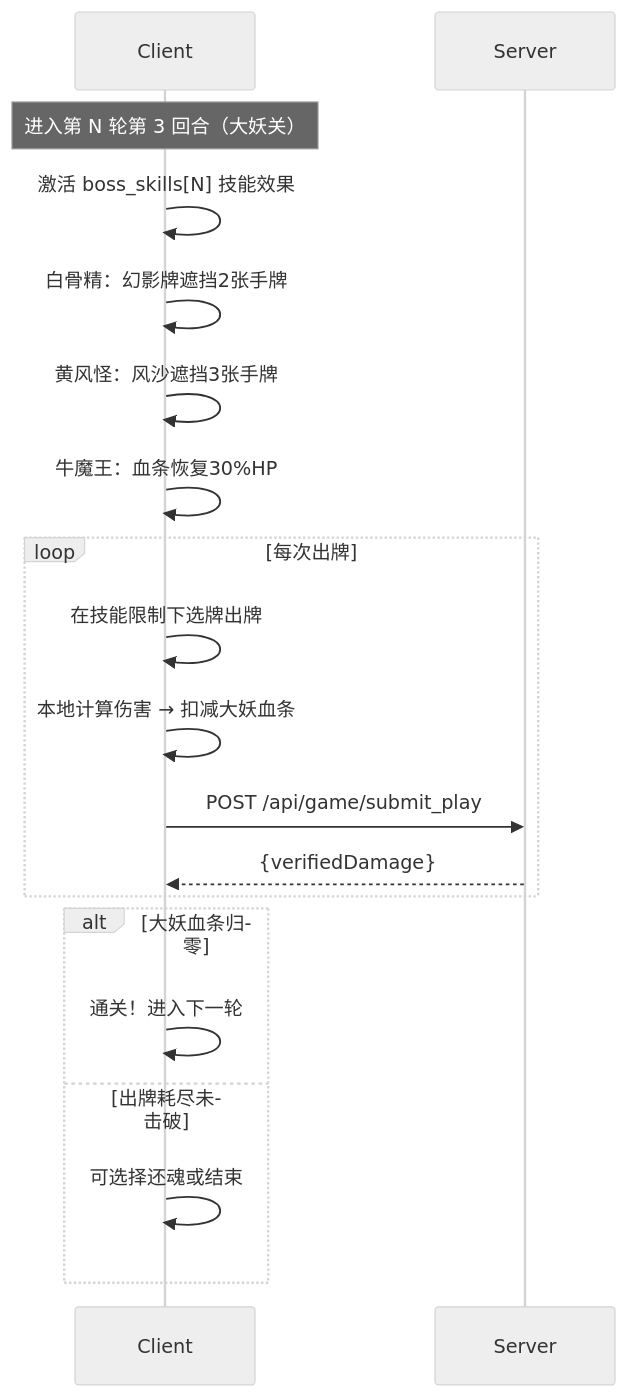
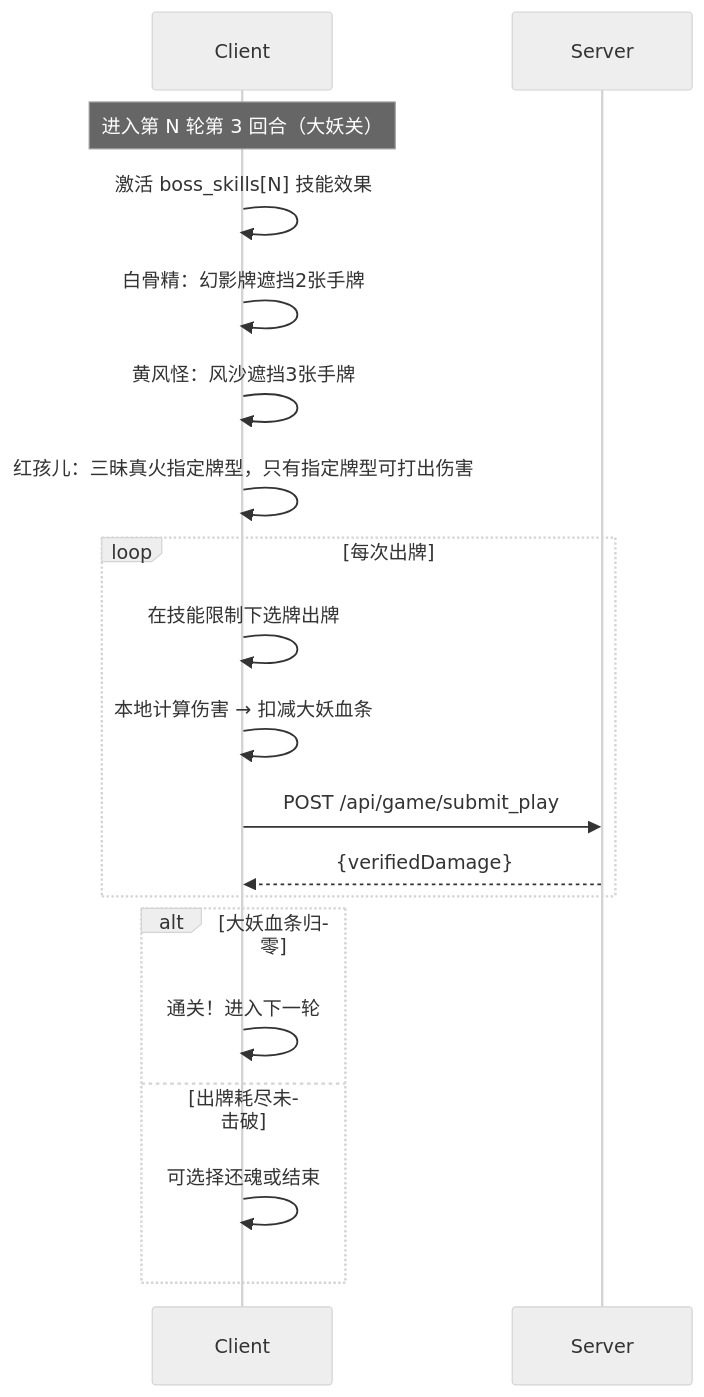
One commit to Lwin993/my-poker-roguelike changed the sixth of 9 diagrams in docs/poker_roguelike_tech_spec_v2.md. Above: the diagram before and after it, drawn with Mermaid (neutral theme). The commit also changed other lines of this file and 43 other files, not shown here.

````diff
--- a/docs/poker_roguelike_tech_spec_v2.md
+++ b/docs/poker_roguelike_tech_spec_v2.md
@@ -1347,24 +1347,24 @@
 ```mermaid
 sequenceDiagram
     participant C as Client
     participant S as Server
 
     Note over C: 进入第 N 轮第 3 回合（大妖关）
     C->>C: 激活 boss_skills[N] 技能效果
     C->>C: 白骨精：幻影牌遮挡2张手牌
     C->>C: 黄风怪：风沙遮挡3张手牌
-    C->>C: 牛魔王：血条恢复30%HP
+    C->>C: 红孩儿：三昧真火指定牌型，只有指定牌型可打出伤害
 
     loop 每次出牌
         C->>C: 在技能限制下选牌出牌
         C->>C: 本地计算伤害 → 扣减大妖血条
         C->>S: POST /api/game/submit_play
         S-->>C: {verifiedDamage}
     end
 
     alt 大妖血条归零
         C->>C: 通关！进入下一轮
     else 出牌耗尽未击破
         C->>C: 可选择还魂或结束
     end
 ```
````
